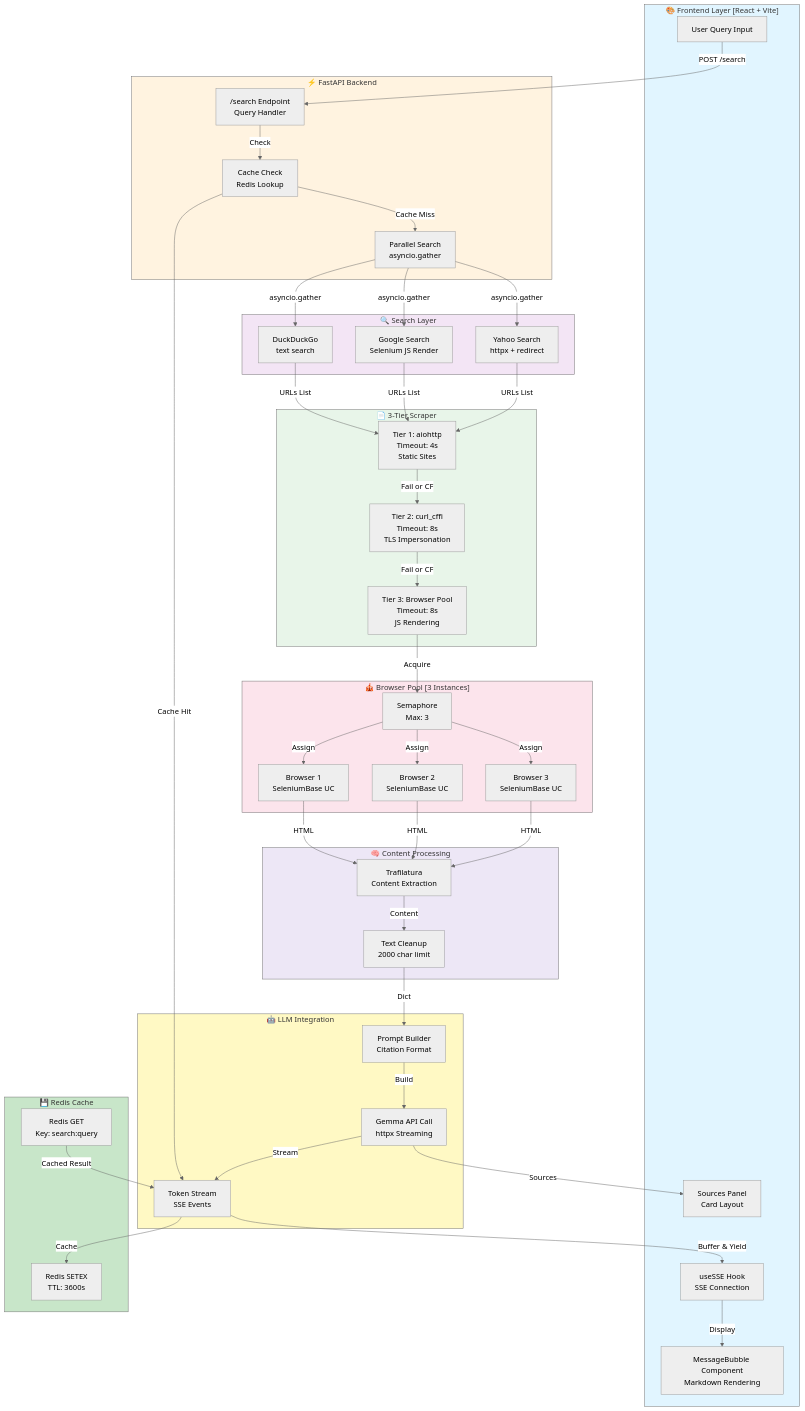
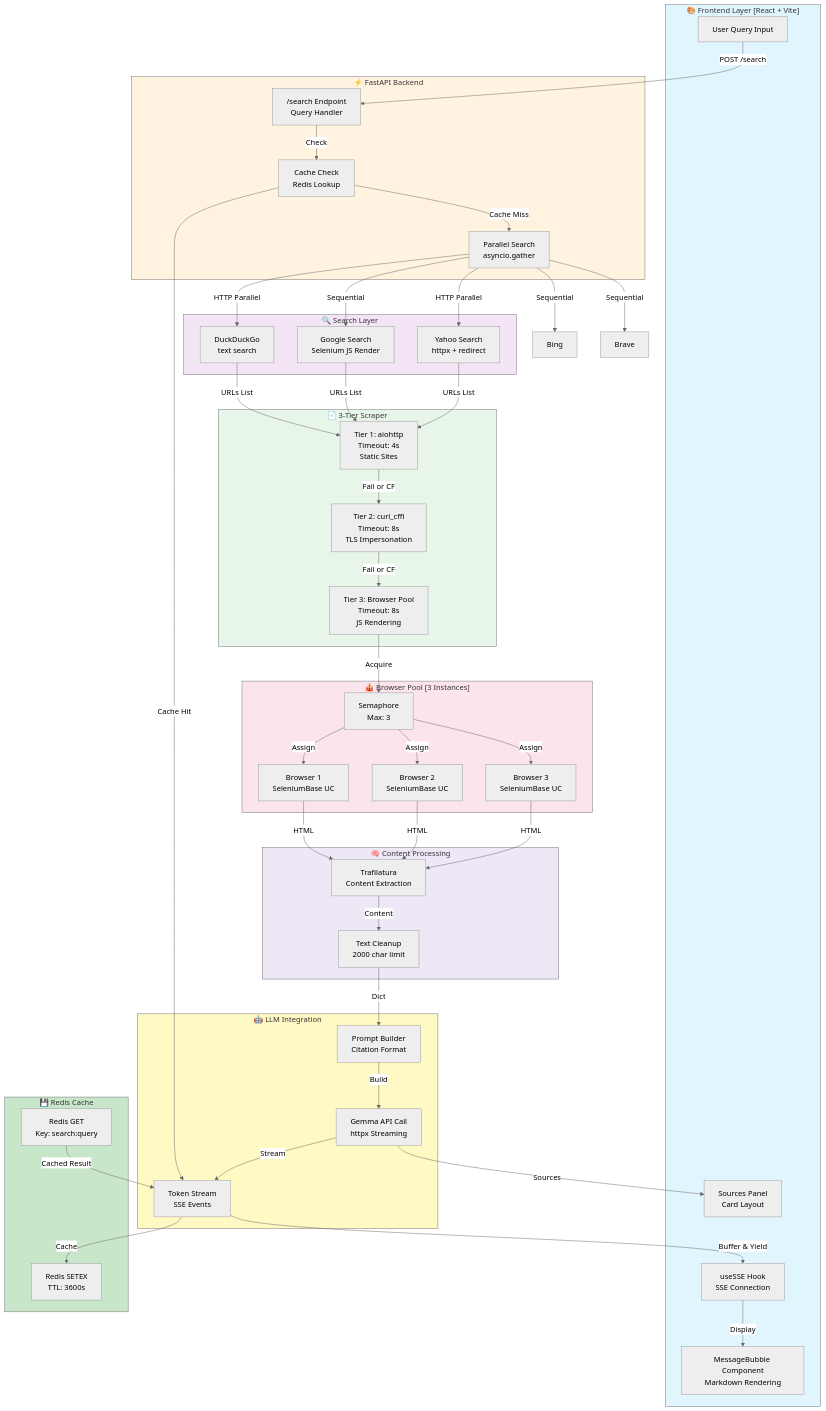
Before and after one commit to muhammad-umer8132/Agentic_research_assistant: the second of 3 diagrams in README.md, drawn with Mermaid (neutral theme). The commit also changed other lines of this file, not shown here.

Commit message:
Comprehensive README update: 4-tier search (20 engines), Selenium auto-recovery, HTTP warmup, LLM continuation, Google AI Mode UI

```diff
--- a/README.md
+++ b/README.md
@@ -210,9 +215,11 @@
     CacheCheck -->|Cache Hit| TokenStream
     CacheCheck -->|Cache Miss| ParallelSearch
     
-    ParallelSearch -->|asyncio.gather| DDG
-    ParallelSearch -->|asyncio.gather| Google
-    ParallelSearch -->|asyncio.gather| Yahoo
+    ParallelSearch -->|HTTP Parallel| DDG
+    ParallelSearch -->|HTTP Parallel| Yahoo
+    ParallelSearch -->|Sequential| Google
+    ParallelSearch -->|Sequential| Bing
+    ParallelSearch -->|Sequential| Brave
     
     DDG -->|URLs List| Layer1
     Google -->|URLs List| Layer1
```
